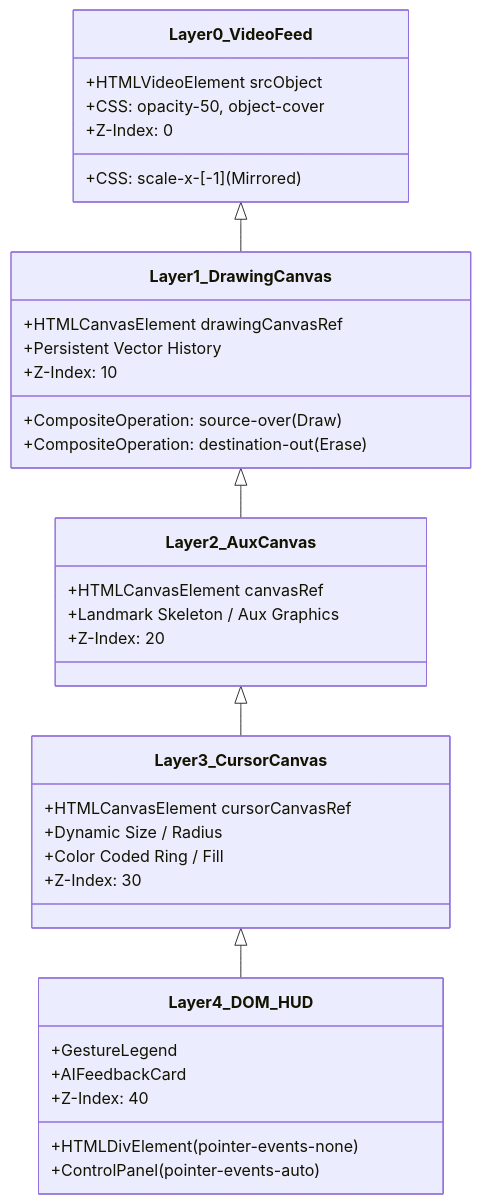
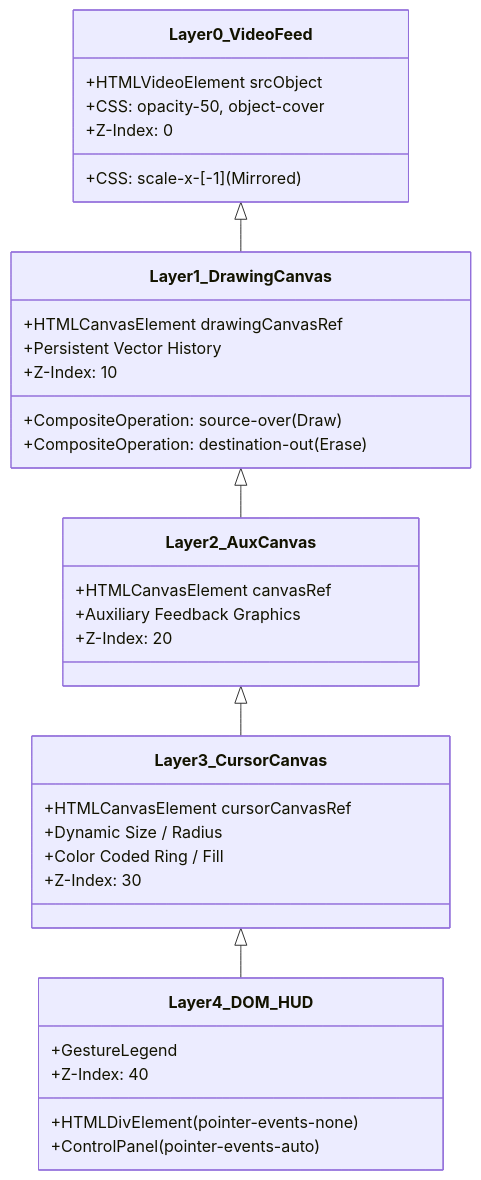
Before and after one commit to AvijatChahar/Air-Draw: the second of 4 diagrams in README.md, drawn with Mermaid. The commit also changed other lines of this file, not shown here.

Commit message:
docs: update README with current standalone architecture and gesture guide

````diff
--- a/README.md
+++ b/README.md
@@ -117,39 +109,38 @@
 ```mermaid
 classDiagram
     class Layer0_VideoFeed {
         +HTMLVideoElement srcObject
         +CSS: scale-x-[-1] (Mirrored)
         +CSS: opacity-50, object-cover
         +Z-Index: 0
     }
     class Layer1_DrawingCanvas {
         +HTMLCanvasElement drawingCanvasRef
         +CompositeOperation: source-over (Draw)
         +CompositeOperation: destination-out (Erase)
         +Persistent Vector History
         +Z-Index: 10
     }
     class Layer2_AuxCanvas {
         +HTMLCanvasElement canvasRef
-        +Landmark Skeleton / Aux Graphics
+        +Auxiliary Feedback Graphics
         +Z-Index: 20
     }
     class Layer3_CursorCanvas {
         +HTMLCanvasElement cursorCanvasRef
         +Dynamic Size / Radius
         +Color Coded Ring / Fill
         +Z-Index: 30
     }
     class Layer4_DOM_HUD {
         +HTMLDivElement (pointer-events-none)
         +ControlPanel (pointer-events-auto)
         +GestureLegend
-        +AIFeedbackCard
         +Z-Index: 40
     }
 
     Layer0_VideoFeed <|-- Layer1_DrawingCanvas
     Layer1_DrawingCanvas <|-- Layer2_AuxCanvas
     Layer2_AuxCanvas <|-- Layer3_CursorCanvas
     Layer3_CursorCanvas <|-- Layer4_DOM_HUD
 ```
````
